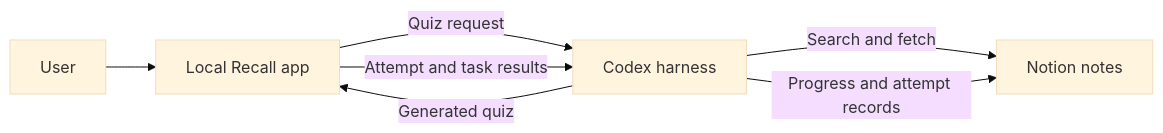
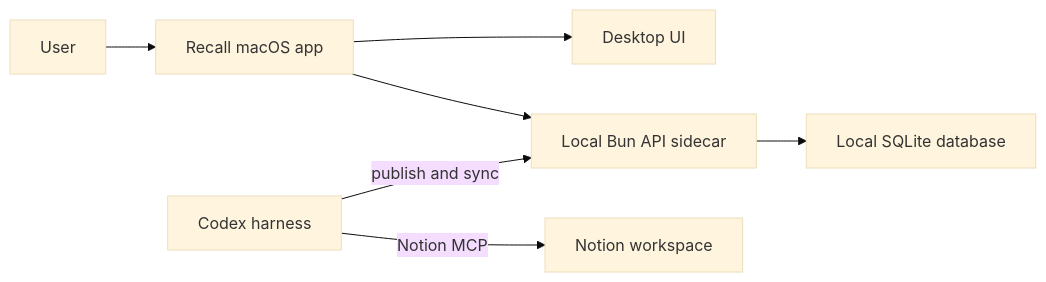
One commit to decimozs/recall changed the diagram in README.md. Above: the diagram before and after it, drawn with Mermaid (base theme). The commit also changed other lines of this file and 62 other files, not shown here.

Commit message:
migrate Recall to desktop app

````diff
--- a/README.md
+++ b/README.md
@@ -31,9 +86,9 @@
 ```mermaid
 flowchart LR
-  User[User] --> Recall[Local Recall app]
-  Recall -->|Quiz request| Codex[Codex harness]
-  Codex -->|Search and fetch| Notion[Notion notes]
-  Codex -->|Generated quiz| Recall
-  Recall -->|Attempt and task results| Codex
-  Codex -->|Progress and attempt records| Notion
+  User[User] --> Desktop[Recall macOS app]
+  Desktop --> UI[Desktop UI]
+  Desktop --> API[Local Bun API sidecar]
+  API --> SQLite[Local SQLite database]
+  Codex[Codex harness] -->|Notion MCP| Notion[Notion workspace]
+  Codex -->|publish and sync| API
 ```
````
